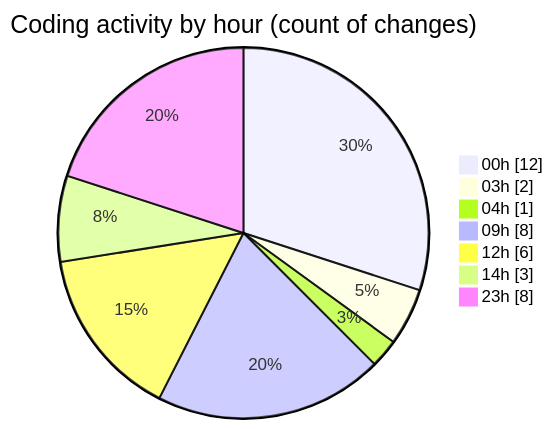
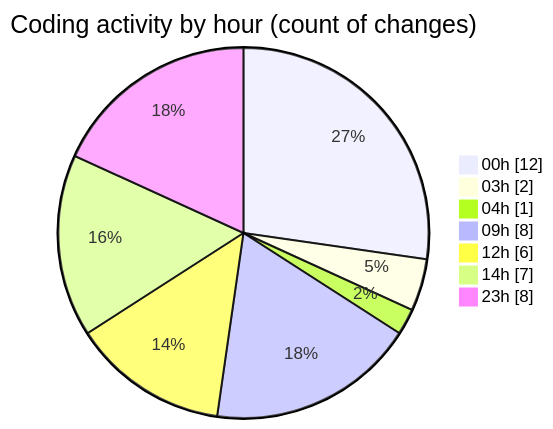
Before and after one commit to julien-gomy/code-tracking: the second of 2 diagrams in 2025-11-18/cdp_aleoudev_fr__workspace_/README.md, drawn with Mermaid. The commit also changed other lines of this file and 1 other file, not shown here.

````diff
--- a/2025-11-18/cdp_aleoudev_fr__workspace_/README.md
+++ b/2025-11-18/cdp_aleoudev_fr__workspace_/README.md
@@ -40,11 +44,11 @@
 ```mermaid
 pie showData
 title Coding activity by hour (count of changes)
 "00h" : 12
 "03h" : 2
 "04h" : 1
 "09h" : 8
 "12h" : 6
-"14h" : 3
+"14h" : 7
 "23h" : 8
 ```
````
